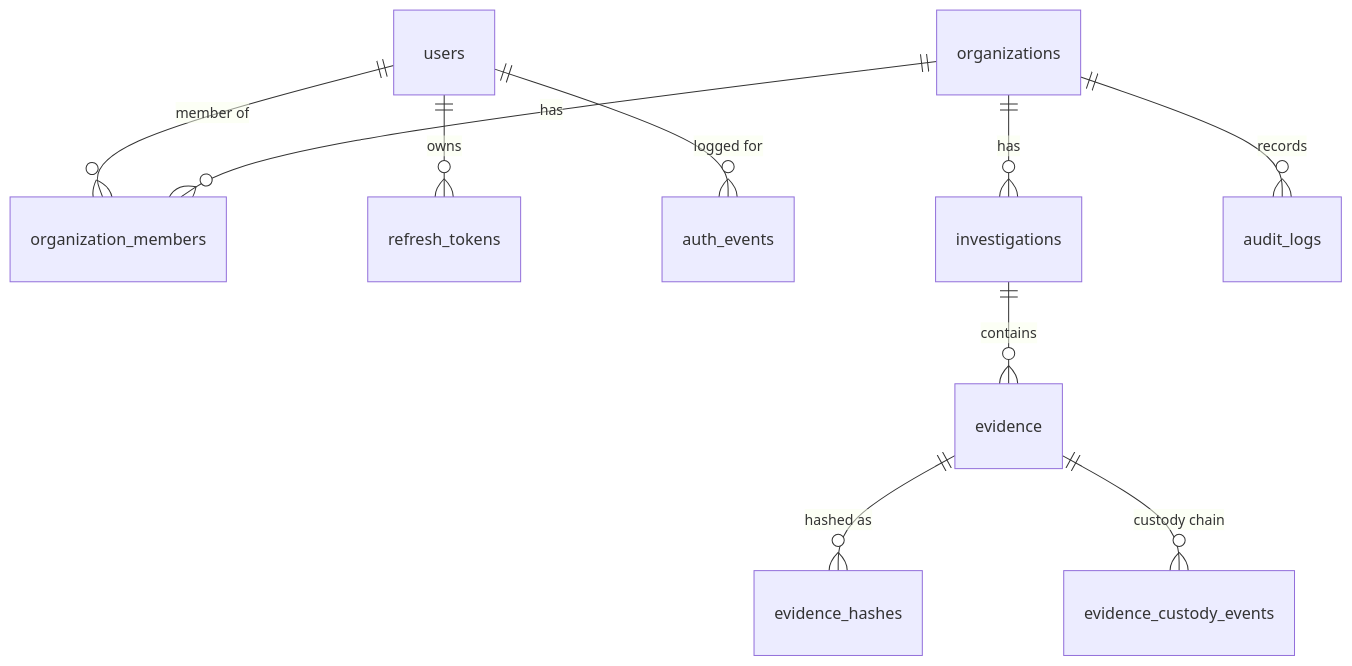
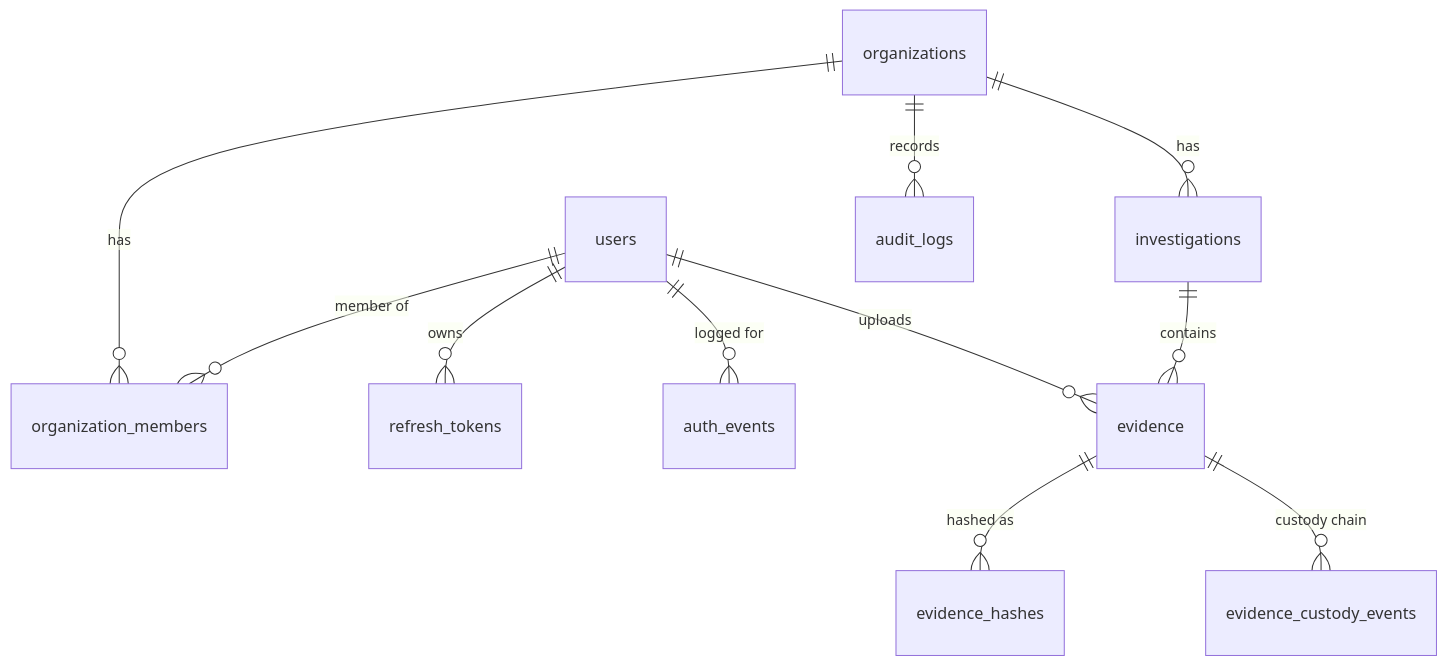
Before and after one commit to TuanSOC/cyber: the diagram in docs/DATABASE.md, drawn with Mermaid. The commit also changed other lines of this file and 28 other files, not shown here.

````diff
--- a/docs/DATABASE.md
+++ b/docs/DATABASE.md
@@ -17,12 +17,13 @@
 ```mermaid
 erDiagram
   users ||--o{ organization_members : "member of"
   organizations ||--o{ organization_members : has
   users ||--o{ refresh_tokens : owns
   users ||--o{ auth_events : "logged for"
   organizations ||--o{ investigations : has
   investigations ||--o{ evidence : contains
   evidence ||--o{ evidence_hashes : "hashed as"
   evidence ||--o{ evidence_custody_events : "custody chain"
   organizations ||--o{ audit_logs : records
+  users ||--o{ evidence : uploads
 ```
````
